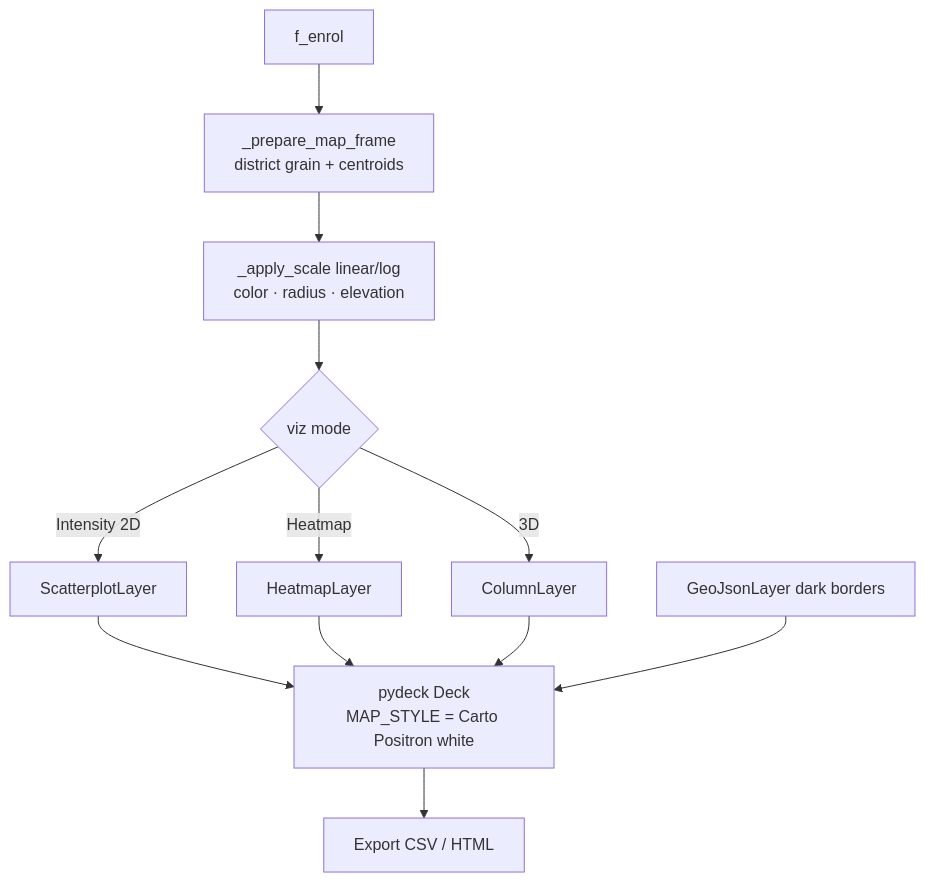
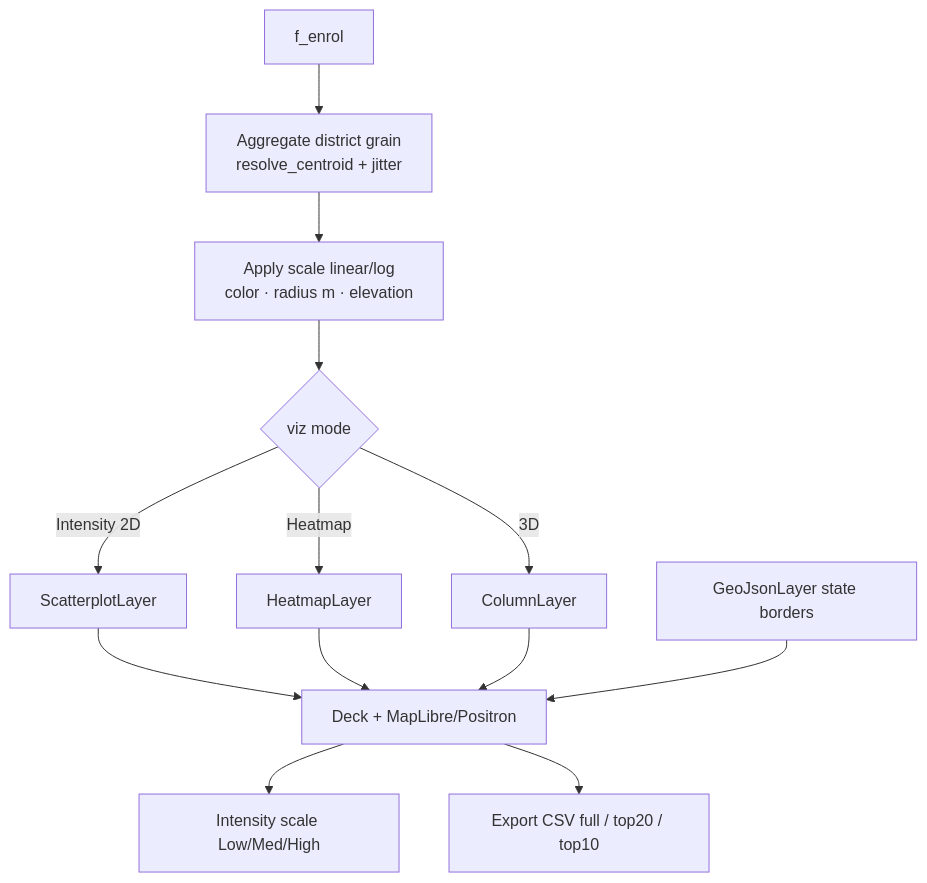
One commit to NetRunnerXD/Aadhaar-Intel-Engine-UIDAI changed diagram 18 of 24 in flowchart.md. Above: the diagram before and after it, drawn with Mermaid. The commit also changed other lines of this file and 1 other file, not shown here.

First line of the commit message:
docs: update flowchart and feature parity for dual UI stack

````diff
--- a/flowchart.md
+++ b/flowchart.md
@@ -426,12 +538,13 @@
 ```mermaid
 flowchart TD
-    IN[f_enrol] --> AGG[_prepare_map_frame<br/>district grain + centroids]
-    AGG --> SCALE[_apply_scale linear/log<br/>color · radius · elevation]
+    IN[f_enrol] --> AGG["Aggregate district grain<br/>resolve_centroid + jitter"]
+    AGG --> SCALE["Apply scale linear/log<br/>color · radius m · elevation"]
     SCALE --> MODE{viz mode}
     MODE -->|Intensity 2D| SC[ScatterplotLayer]
     MODE -->|Heatmap| HM[HeatmapLayer]
     MODE -->|3D| COL[ColumnLayer]
-    SC & HM & COL --> DECK["pydeck Deck<br/>MAP_STYLE = Carto Positron white"]
-    GEOJSON[GeoJsonLayer dark borders] --> DECK
-    DECK --> EXP[Export CSV / HTML]
+    SC & HM & COL --> DECK["Deck + MapLibre/Positron"]
+    GEOJSON[GeoJsonLayer state borders] --> DECK
+    DECK --> LEG[Intensity scale Low/Med/High]
+    DECK --> EXP[Export CSV full / top20 / top10]
 ```
````
